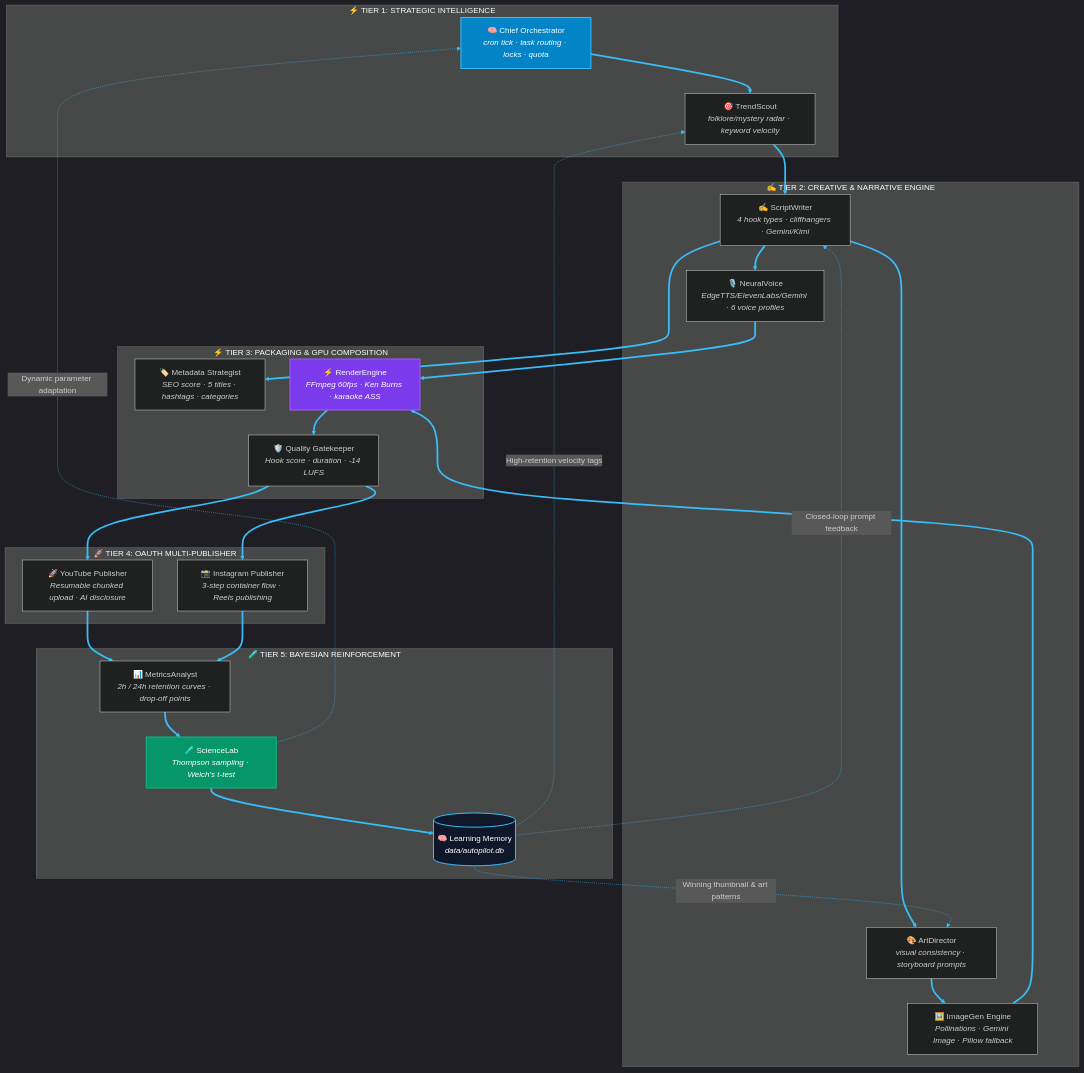
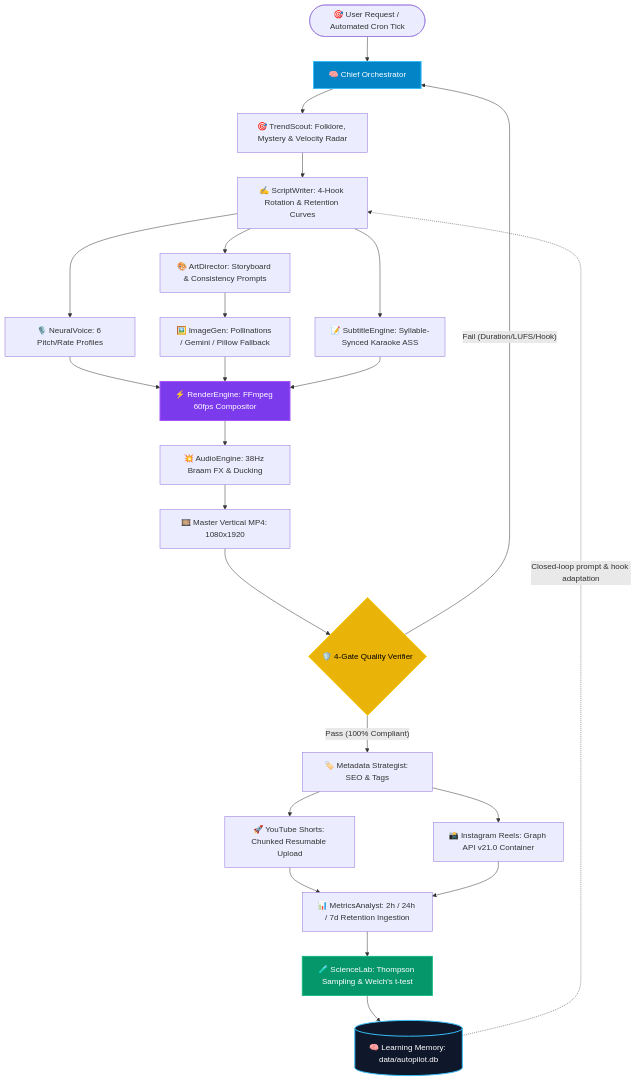
One commit to Abhay73888/autopilot changed the second of 10 diagrams in README.md. Above: the diagram before and after it, drawn with Mermaid. The commit also changed other lines of this file and 126 other files, not shown here.

````diff
--- a/README.md
+++ b/README.md
@@ -64,52 +141,42 @@
 ```mermaid
-%%{init: {'theme':'dark', 'themeVariables': {'primaryColor':'#0F172A','primaryTextColor':'#F8FAFC','lineColor':'#38BDF8','secondaryColor':'#1E293B','tertiaryColor':'#070B12'}}}%%
-flowchart TB
-    subgraph S_CORE["⚡ TIER 1: STRATEGIC INTELLIGENCE"]
-        CHIEF["🧠 Chief Orchestrator<br/><i>cron tick · task routing · locks · quota</i>"]
-        TREND["🎯 TrendScout<br/><i>folklore/mystery radar · keyword velocity</i>"]
-    end
-
-    subgraph S_CREATIVE["✍️ TIER 2: CREATIVE & NARRATIVE ENGINE"]
-        WRITER["✍️ ScriptWriter<br/><i>4 hook types · cliffhangers · Gemini/Kimi</i>"]
-        VOICE["🎙️ NeuralVoice<br/><i>EdgeTTS/ElevenLabs/Gemini · 6 voice profiles</i>"]
-        ART["🎨 ArtDirector<br/><i>visual consistency · storyboard prompts</i>"]
-        IMG["🖼️ ImageGen Engine<br/><i>Pollinations · Gemini Image · Pillow fallback</i>"]
-    end
-
-    subgraph S_PRODUCTION["⚡ TIER 3: PACKAGING & GPU COMPOSITION"]
-        META["🏷️ Metadata Strategist<br/><i>SEO score · 5 titles · hashtags · categories</i>"]
-        RENDER["⚡ RenderEngine<br/><i>FFmpeg 60fps · Ken Burns · karaoke ASS</i>"]
-        GATE["🛡️ Quality Gatekeeper<br/><i>Hook score · duration · -14 LUFS</i>"]
-    end
-
-    subgraph S_DISTRIBUTION["🚀 TIER 4: OAUTH MULTI-PUBLISHER"]
-        PUB_YT["🚀 YouTube Publisher<br/><i>Resumable chunked upload · AI disclosure</i>"]
-        PUB_IG["📸 Instagram Publisher<br/><i>3-step container flow · Reels publishing</i>"]
-    end
-
-    subgraph S_FEEDBACK["🧪 TIER 5: BAYESIAN REINFORCEMENT"]
-        ANALYST["📊 MetricsAnalyst<br/><i>2h / 24h retention curves · drop-off points</i>"]
-        SCIENCE["🧪 ScienceLab<br/><i>Thompson sampling · Welch's t-test</i>"]
-        DB[("🧠 Learning Memory<br/><i>data/autopilot.db</i>")]
-    end
-
-    %% Pipeline Flow
-    CHIEF ==> TREND ==> WRITER
-    WRITER ==> VOICE & ART
-    ART ==> IMG
-    VOICE & IMG ==> RENDER
-    WRITER ==> META
-    RENDER ==> GATE ==> PUB_YT & PUB_IG
-    PUB_YT & PUB_IG ==> ANALYST ==> SCIENCE ==> DB
-
-    %% Closed-Loop Reinforcement Conduits
-    DB -.->|"Closed-loop prompt feedback"| WRITER
-    DB -.->|"Winning thumbnail & art patterns"| ART
-    DB -.->|"High-retention velocity tags"| TREND
-    SCIENCE -.->|"Dynamic parameter adaptation"| CHIEF
+flowchart TD
+    START([🎯 User Request / Automated Cron Tick]) --> CHIEF[🧠 Chief Orchestrator]
+    
+    %% Research & Ideation
+    CHIEF --> SCOUT[🎯 TrendScout: Folklore, Mystery & Velocity Radar]
+    SCOUT --> WRITER[✍️ ScriptWriter: 4-Hook Rotation & Retention Curves]
+    
+    %% Asset Generation
+    WRITER --> ART[🎨 ArtDirector: Storyboard & Consistency Prompts]
+    WRITER --> VOICE[🎙️ NeuralVoice: 6 Pitch/Rate Profiles]
+    ART --> IMG[🖼️ ImageGen: Pollinations / Gemini / Pillow Fallback]
+    
+    %% Video Assembly
+    VOICE --> RENDER[⚡ RenderEngine: FFmpeg 60fps Compositor]
+    IMG --> RENDER
+    WRITER --> SUBS[📝 SubtitleEngine: Syllable-Synced Karaoke ASS]
+    SUBS --> RENDER
+    RENDER --> SOUND[💥 AudioEngine: 38Hz Braam FX & Ducking]
+    SOUND --> COMP[🎞️ Master Vertical MP4: 1080x1920]
+    
+    %% Quality Control
+    COMP --> GATE{🛡️ 4-Gate Quality Verifier}
+    GATE -- "Fail (Duration/LUFS/Hook)" --> CHIEF
+    GATE -- "Pass (100% Compliant)" --> METADATA[🏷️ Metadata Strategist: SEO & Tags]
+    
+    %% Distribution
+    METADATA --> PUB_YT[🚀 YouTube Shorts: Chunked Resumable Upload]
+    METADATA --> PUB_IG[📸 Instagram Reels: Graph API v21.0 Container]
+    
+    %% Feedback Loop
+    PUB_YT & PUB_IG --> ANALYST[📊 MetricsAnalyst: 2h / 24h / 7d Retention Ingestion]
+    ANALYST --> SCIENCE[🧪 ScienceLab: Thompson Sampling & Welch's t-test]
+    SCIENCE --> DB[(🧠 Learning Memory: data/autopilot.db)]
+    DB -.->|"Closed-loop prompt & hook adaptation"| WRITER
 
     style CHIEF fill:#0284C7,stroke:#38BDF8,stroke-width:2px,color:#fff
     style RENDER fill:#7C3AED,stroke:#A855F7,stroke-width:2px,color:#fff
+    style GATE fill:#EAB308,stroke:#FACC15,stroke-width:2px,color:#000
     style SCIENCE fill:#059669,stroke:#10B981,stroke-width:2px,color:#fff
     style DB fill:#0F172A,stroke:#38BDF8,stroke-width:2px,color:#fff
 ```
````
